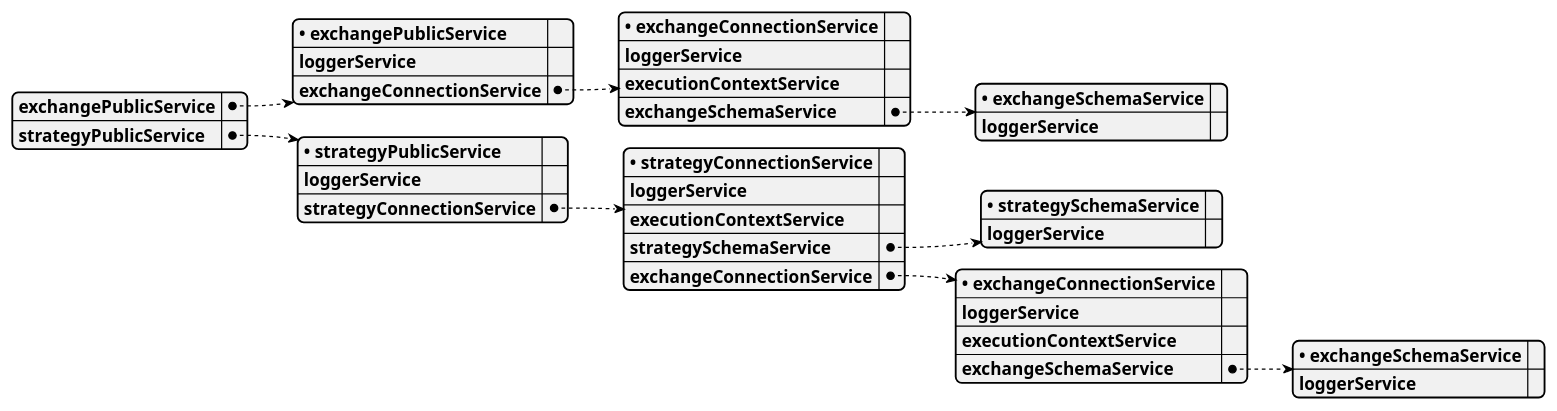
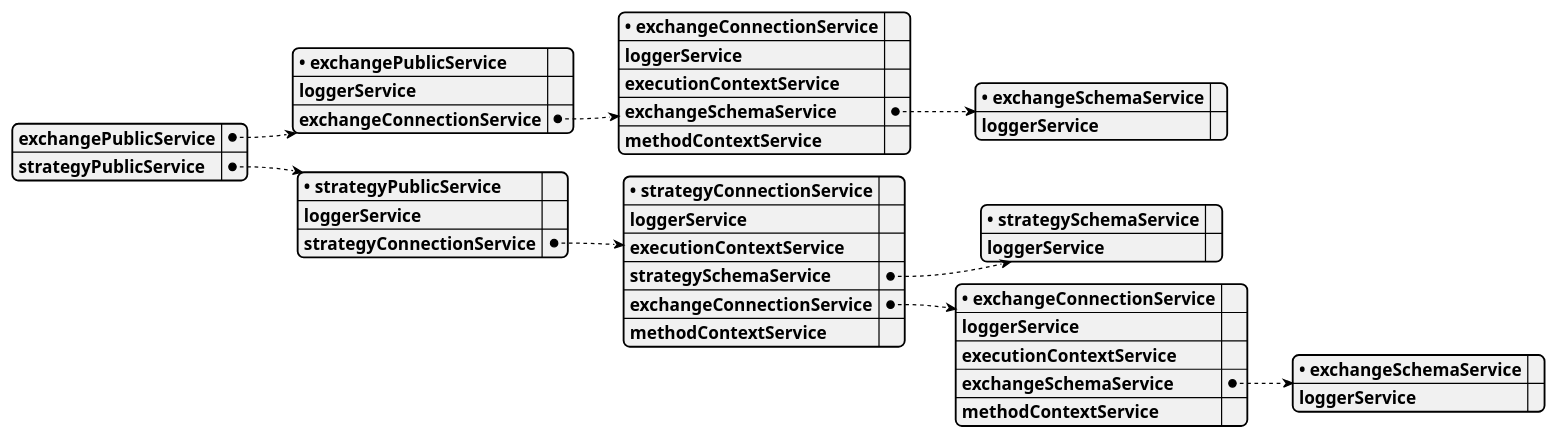
One commit to pegaltier/backtest-kit changed the diagram in docs/uml.puml. Above: the diagram before and after it, drawn with PlantUML. The commit also changed 3 other files, not shown here.

```diff
--- a/docs/uml.puml
+++ b/docs/uml.puml
@@ -1,29 +1,32 @@
 @startyaml
 exchangePublicService:
 	• exchangePublicService: ""
 	loggerService: ""
 	exchangeConnectionService:
 		• exchangeConnectionService: ""
 		loggerService: ""
 		executionContextService: ""
 		exchangeSchemaService:
 			• exchangeSchemaService: ""
 			loggerService: ""
+		methodContextService: ""
 strategyPublicService:
 	• strategyPublicService: ""
 	loggerService: ""
 	strategyConnectionService:
 		• strategyConnectionService: ""
 		loggerService: ""
 		executionContextService: ""
 		strategySchemaService:
 			• strategySchemaService: ""
 			loggerService: ""
 		exchangeConnectionService:
 			• exchangeConnectionService: ""
 			loggerService: ""
 			executionContextService: ""
 			exchangeSchemaService:
 				• exchangeSchemaService: ""
 				loggerService: ""
+			methodContextService: ""
+		methodContextService: ""
 @endyaml
```
